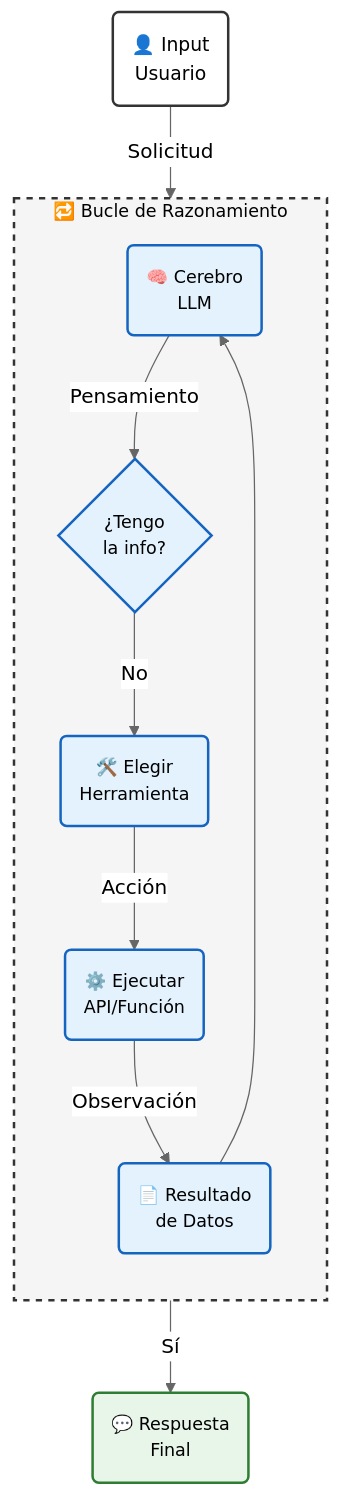
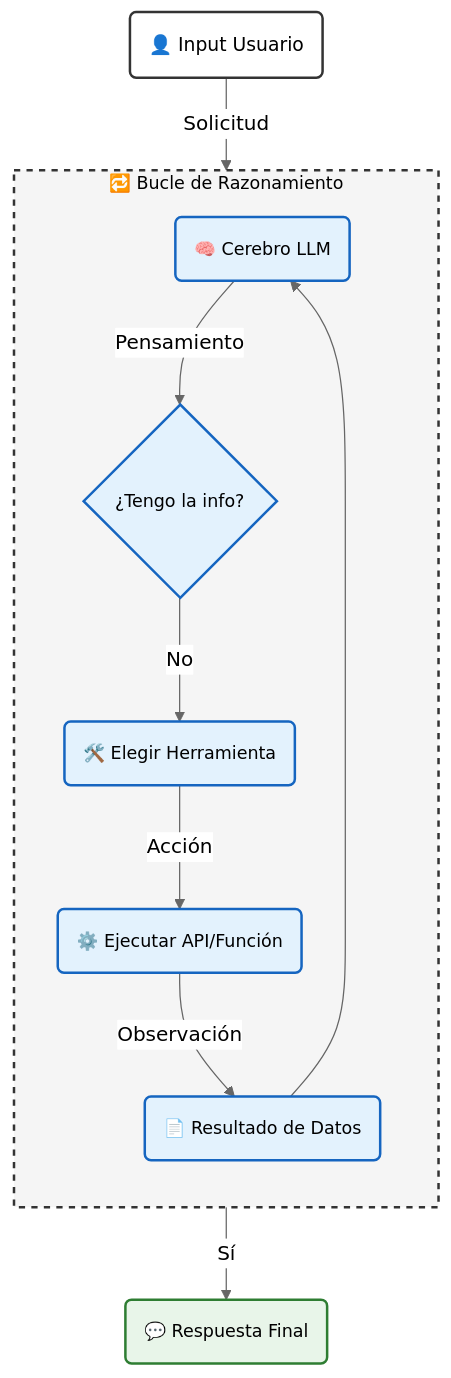
One commit to jccarvajal/Arquitectura-IA changed the diagram in docs/guias/05-Ingenieria-Agentes.md. Above: the diagram before and after it, drawn with Mermaid (neutral theme).

````diff
--- a/docs/guias/05-Ingenieria-Agentes.md
+++ b/docs/guias/05-Ingenieria-Agentes.md
@@ -36,29 +36,29 @@
 ```mermaid
 graph TD
-    %% ESTILOS (Estética Unificada)
+    %% ESTILOS (Alto Contraste + Fuente Ajustada)
     classDef base fill:#ffffff,stroke:#333,stroke-width:2px,color:#000,font-size:15px;
     classDef blue fill:#e3f2fd,stroke:#1565c0,stroke-width:2px,color:#000,font-size:14px;
     classDef green fill:#e8f5e9,stroke:#2e7d32,stroke-width:2px,color:#000,font-size:14px;
     classDef grey fill:#f5f5f5,stroke:#333,stroke-width:2px,color:#000,stroke-dasharray: 5 5,font-size:14px;
 
-    %% NODOS
-    User(👤 Input<br/>Usuario) -->|Solicitud| LLM(🧠 Cerebro<br/>LLM)
+    %% NODOS (Texto en una línea para mantener ancho)
+    User(👤 Input Usuario) -->|Solicitud| LLM(🧠 Cerebro LLM)
     class User base;
     class LLM blue;
     
     %% SUBGRAFO DEL BUCLE
     subgraph Ciclo_ReAct [🔁 Bucle de Razonamiento]
         direction TB
-        LLM -->|Pensamiento| Decide{¿Tengo<br/>la info?}
-        Decide -->|No| Tool(🛠️ Elegir<br/>Herramienta)
-        Tool -->|Acción| API(⚙️ Ejecutar<br/>API/Función)
-        API -->|Observación| Result(📄 Resultado<br/>de Datos)
+        LLM -->|Pensamiento| Decide{¿Tengo la info?}
+        Decide -->|No| Tool(🛠️ Elegir Herramienta)
+        Tool -->|Acción| API(⚙️ Ejecutar API/Función)
+        API -->|Observación| Result(📄 Resultado de Datos)
         Result --> LLM
     end
     class Ciclo_ReAct grey;
     class Decide,Tool,API,Result blue;
     
     %% SALIDA
-    Decide -->|Sí| Final(💬 Respuesta<br/>Final)
+    Decide -->|Sí| Final(💬 Respuesta Final)
     class Final green;
 ```
````
